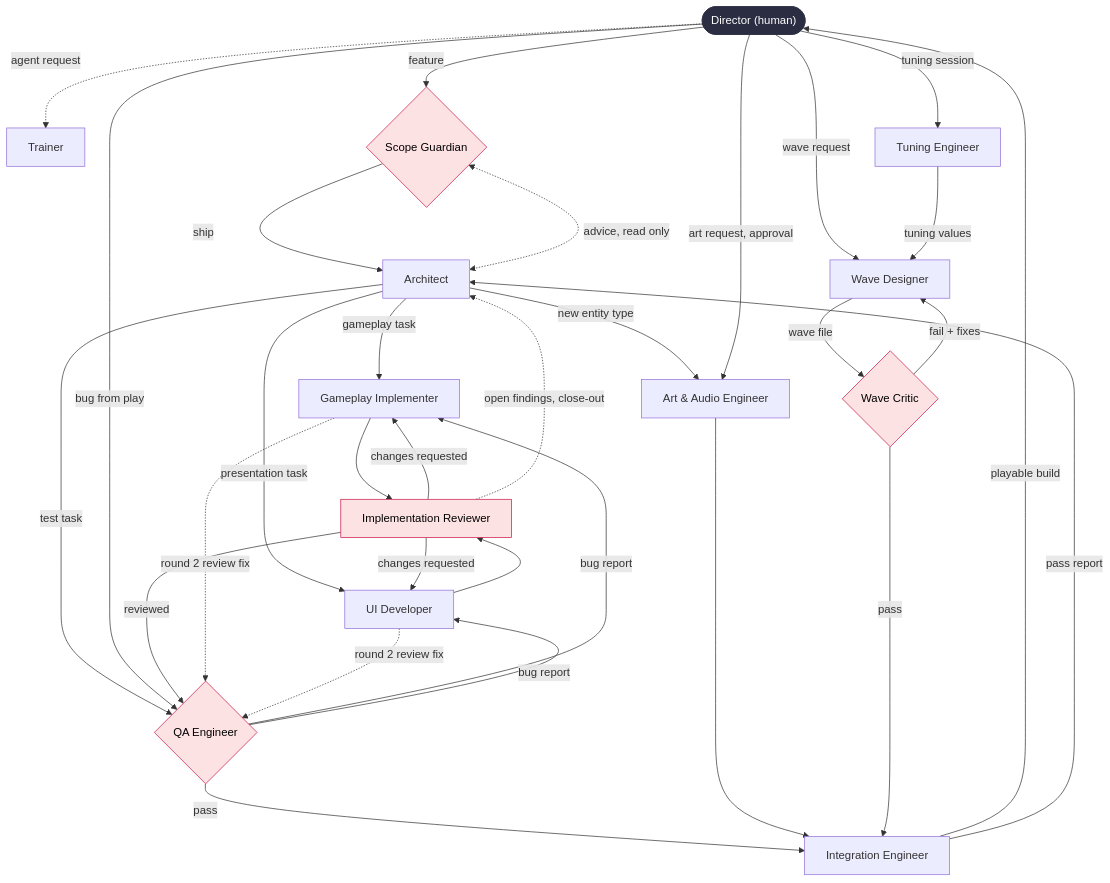
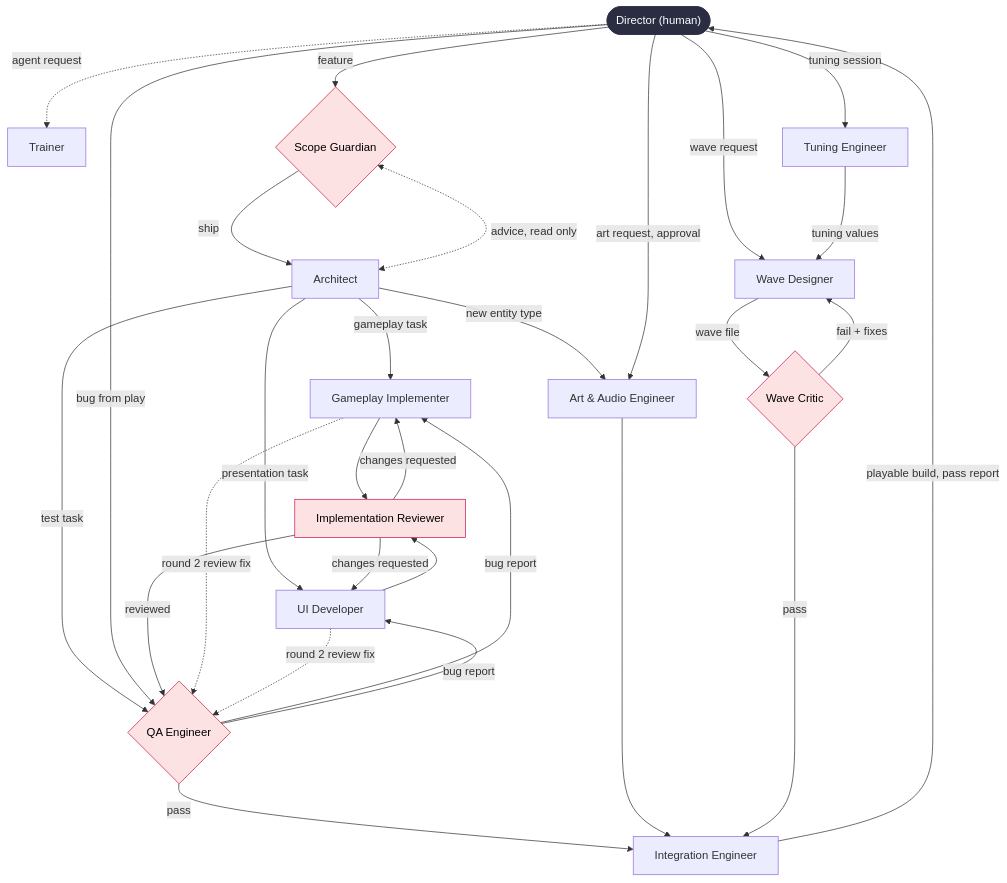
One commit to david-mntl/driftward-ace changed the diagram in docs/crew/roster.md. Above: the diagram before and after it, drawn with Mermaid. The commit also changed other lines of this file and 10 other files, not shown here.

First line of the commit message:
docs(crew): move close-out to the Director and the close-out script

````diff
--- a/docs/crew/roster.md
+++ b/docs/crew/roster.md
@@ -7,52 +7,50 @@
 ```mermaid
 flowchart TD
     D(["Director (human)"])
     T["Trainer"]
     SG{"Scope Guardian"}
     AR["Architect"]
     GI["Gameplay Implementer"]
     UI["UI Developer"]
     AA["Art & Audio Engineer"]
     IR["Implementation Reviewer"]
     QA{"QA Engineer"}
     IE["Integration Engineer"]
     TE["Tuning Engineer"]
     WD["Wave Designer"]
     WC{"Wave Critic"}
 
     D -.->|agent request| T
     D -->|feature| SG
     SG -->|ship| AR
     SG <-.->|advice, read only| AR
     AR -->|gameplay task| GI
     AR -->|presentation task| UI
     AR -->|new entity type| AA
     AR -->|test task| QA
     D -->|bug from play| QA
     GI --> IR
     UI --> IR
     IR -->|changes requested| GI
     IR -->|changes requested| UI
     IR -->|reviewed| QA
     GI -.->|round 2 review fix| QA
     UI -.->|round 2 review fix| QA
     QA -->|bug report| GI
     QA -->|bug report| UI
     QA -->|pass| IE
     AA --> IE
     D -->|tuning session| TE
     D -->|wave request| WD
     D -->|art request, approval| AA
     TE -->|tuning values| WD
     WD -->|wave file| WC
     WC -->|fail + fixes| WD
     WC -->|pass| IE
-    IE -->|playable build| D
-    IE -->|pass report| AR
-    IR -.->|open findings, close-out| AR
+    IE -->|playable build, pass report| D
 
     classDef human fill:#2b2d42,color:#fff,stroke:#2b2d42
     classDef critic fill:#fde2e4,stroke:#c9184a,color:#000
     class D human
     class SG,QA,WC,IR critic
 ```
````
